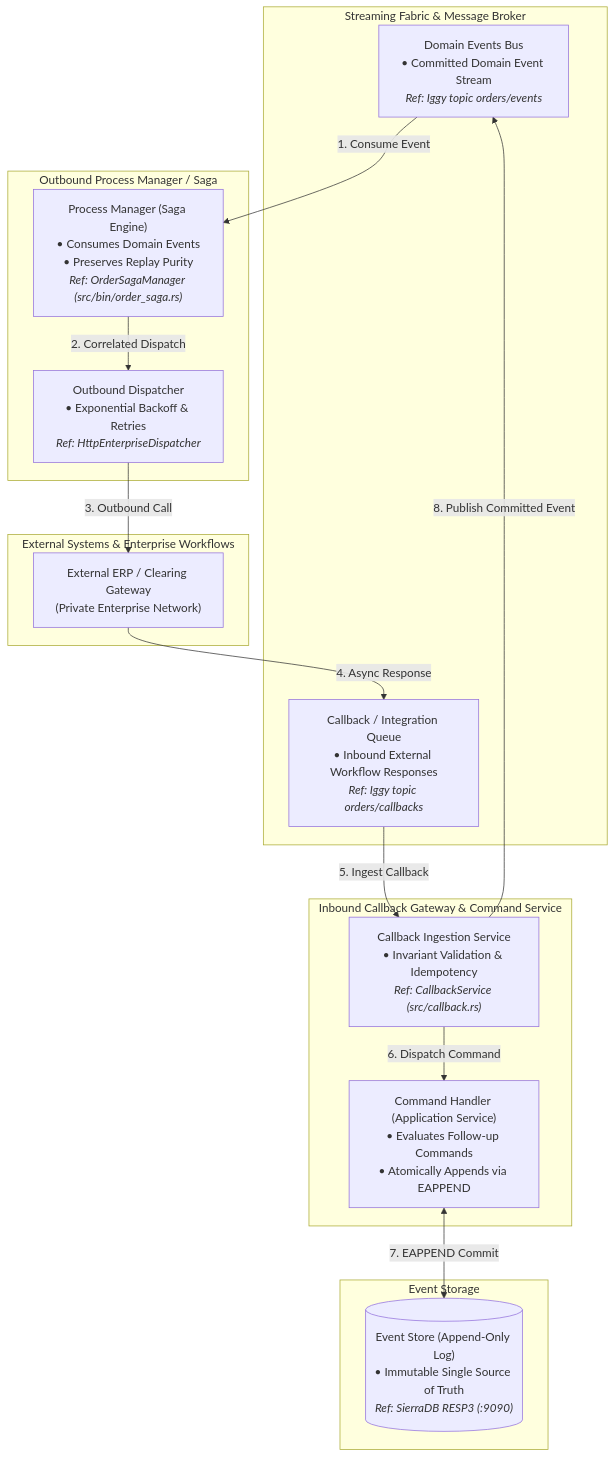
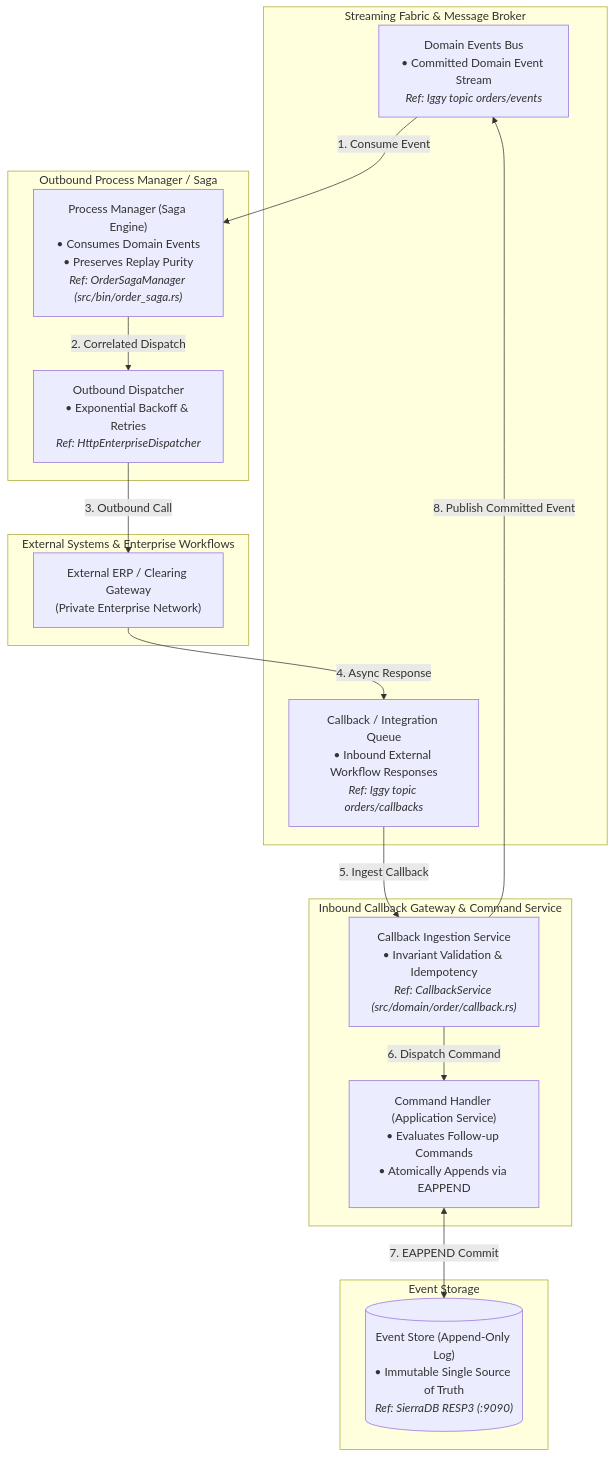
The third of 3 diagrams in README.md (reidlai/ferrous-cqrses), drawn with Mermaid before and after one commit. The commit also changed other lines of this file and 5 other files, not shown here.

Commit message:
refactor(domain): relocate projection, callback, and saga into domain::order

````diff
--- a/README.md
+++ b/README.md
@@ -191,37 +191,37 @@
 ```mermaid
 flowchart TD
     subgraph Event_Bus ["Streaming Fabric & Message Broker"]
         DomainEventsBus["Domain Events Bus<br/>• Committed Domain Event Stream<br/><i>Ref: Iggy topic orders/events</i>"]
         CallbackQueue["Callback / Integration Queue<br/>• Inbound External Workflow Responses<br/><i>Ref: Iggy topic orders/callbacks</i>"]
     end
 
     subgraph Saga_Tier ["Outbound Process Manager / Saga"]
         ProcessManager["Process Manager (Saga Engine)<br/>• Consumes Domain Events<br/>• Preserves Replay Purity<br/><i>Ref: OrderSagaManager (src/bin/order_saga.rs)</i>"]
         Dispatcher["Outbound Dispatcher<br/>• Exponential Backoff & Retries<br/><i>Ref: HttpEnterpriseDispatcher</i>"]
     end
 
     subgraph External_Systems ["External Systems & Enterprise Workflows"]
         ExternalAPI["External ERP / Clearing Gateway<br/>(Private Enterprise Network)"]
     end
 
     subgraph Callback_Tier ["Inbound Callback Gateway & Command Service"]
-        CallbackService["Callback Ingestion Service<br/>• Invariant Validation & Idempotency<br/><i>Ref: CallbackService (src/callback.rs)</i>"]
+        CallbackService["Callback Ingestion Service<br/>• Invariant Validation & Idempotency<br/><i>Ref: CallbackService (src/domain/order/callback.rs)</i>"]
         CmdHandler["Command Handler (Application Service)<br/>• Evaluates Follow-up Commands<br/>• Atomically Appends via EAPPEND"]
     end
 
     subgraph Storage_Tier ["Event Storage"]
         EventStore[("Event Store (Append-Only Log)<br/>• Immutable Single Source of Truth<br/><i>Ref: SierraDB RESP3 (:9090)</i>")]
     end
 
     %% Outbound Flow
     DomainEventsBus -->|"1. Consume Event"| ProcessManager
     ProcessManager -->|"2. Correlated Dispatch"| Dispatcher
     Dispatcher -->|"3. Outbound Call"| ExternalAPI
     ExternalAPI -->|"4. Async Response"| CallbackQueue
 
     %% Inbound Callback Flow
     CallbackQueue -->|"5. Ingest Callback"| CallbackService
     CallbackService -->|"6. Dispatch Command"| CmdHandler
     CmdHandler <-->|"7. EAPPEND Commit"| EventStore
     CallbackService -->|"8. Publish Committed Event"| DomainEventsBus
 ```
````
